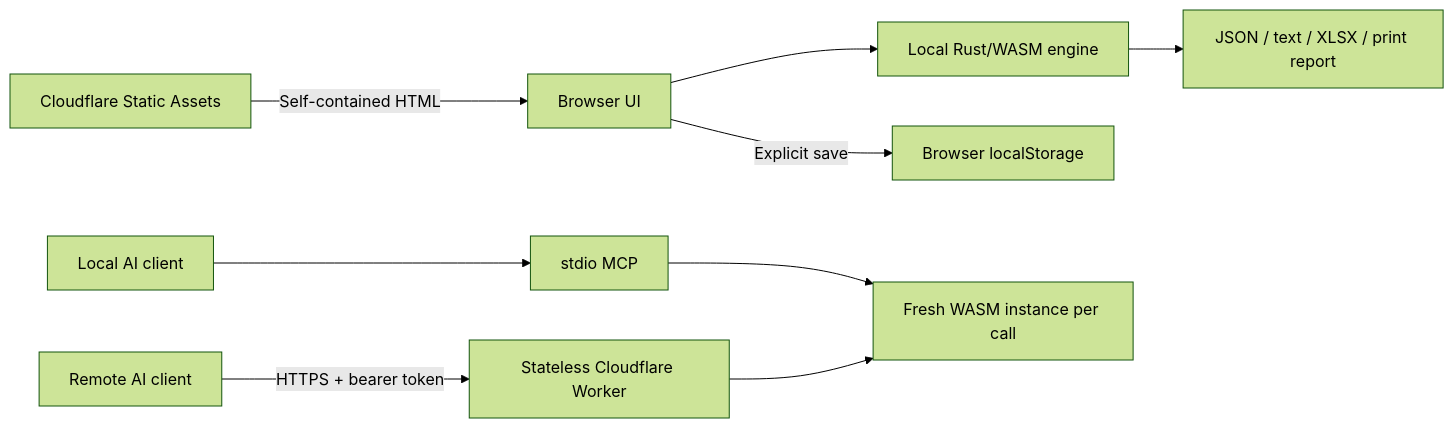
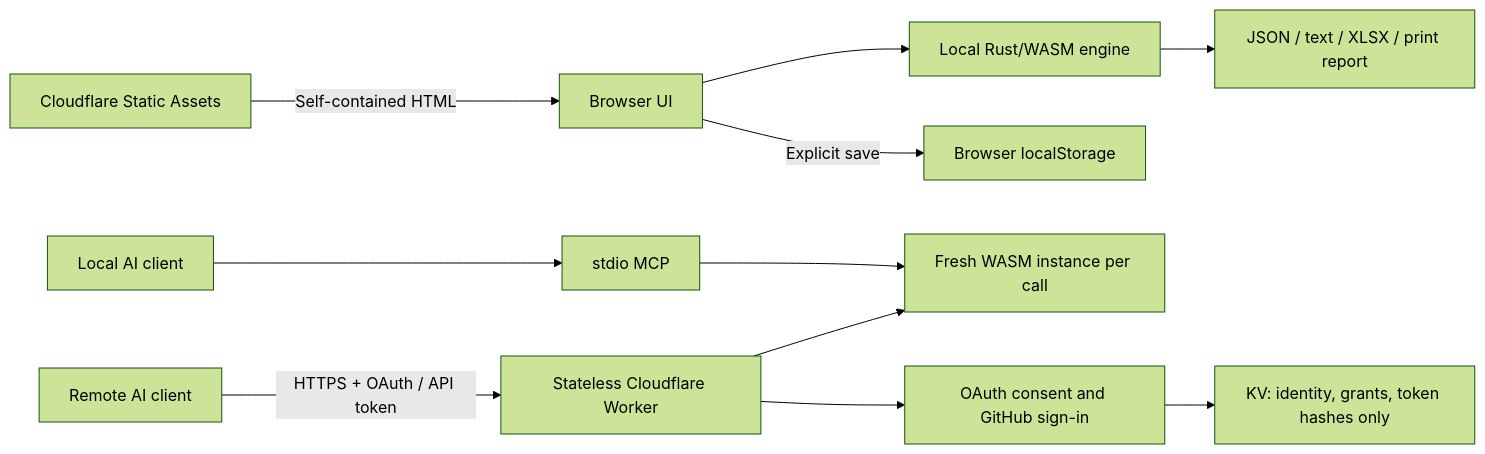
The first of 2 diagrams in docs/DESIGN.md (sethusrinivasan/quietscore), drawn with Mermaid (forest theme) before and after one commit. The commit also changed other lines of this file and 35 other files, not shown here.

Commit message:
Add GitHub OAuth, revocable MCP access, and illustrated documentation

````diff
--- a/docs/DESIGN.md
+++ b/docs/DESIGN.md
@@ -5,11 +5,13 @@
 ```mermaid
 flowchart LR
   Assets[Cloudflare Static Assets] -->|Self-contained HTML| Browser[Browser UI]
   Browser --> Local[Local Rust/WASM engine]
   Browser -->|Explicit save| Drafts[Browser localStorage]
   Local --> Exports[JSON / text / XLSX / print report]
   AI[Local AI client] --> Stdio[stdio MCP]
   Stdio --> Fresh[Fresh WASM instance per call]
-  Remote[Remote AI client] -->|HTTPS + bearer token| Worker[Stateless Cloudflare Worker]
+  Remote[Remote AI client] -->|HTTPS + OAuth / API token| Worker[Stateless Cloudflare Worker]
   Worker --> Fresh
+  Worker --> Auth[OAuth consent and GitHub sign-in]
+  Auth --> KV[KV: identity, grants, token hashes only]
 ```
````
